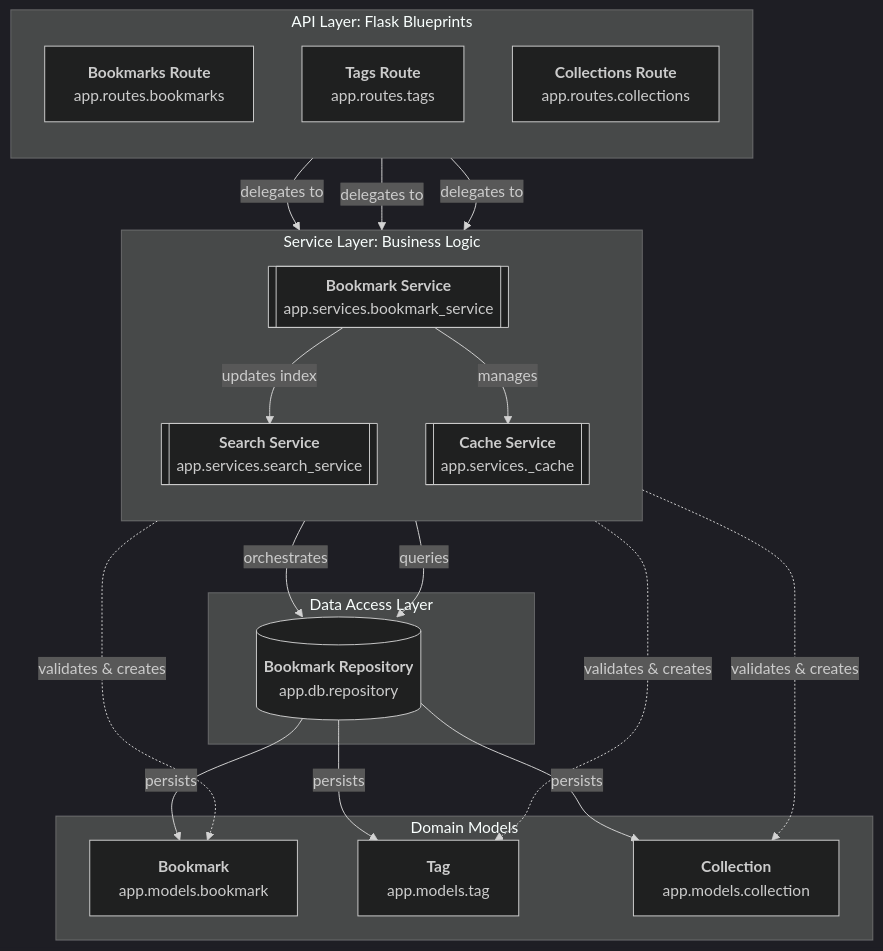
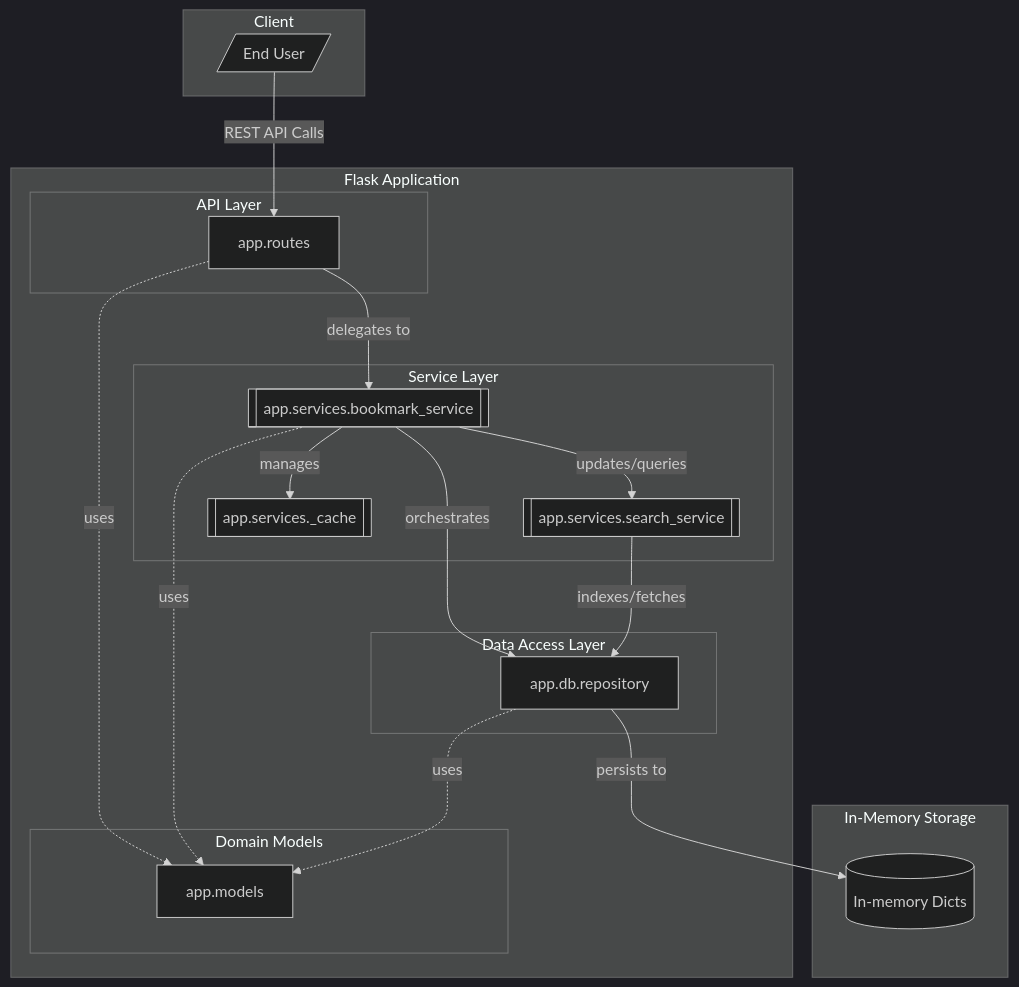
One commit to kaisen99/etchblok-test-api changed the diagram in docs/v1/architecture/architecture-overview/bookmark-api-component-architecture.md. Above: the diagram before and after it, drawn with Mermaid (dark theme). The commit also changed other lines of this file and 104 other files, not shown here.

````diff
--- a/docs/v1/architecture/architecture-overview/bookmark-api-component-architecture.md
+++ b/docs/v1/architecture/architecture-overview/bookmark-api-component-architecture.md
@@ -29,49 +25,46 @@
 ```mermaid
 flowchart TB
-    subgraph API_Layer [API Layer: Flask Blueprints]
-        direction TB
-        BR["<b>Bookmarks Route</b><br/>app.routes.bookmarks"]
-        TR["<b>Tags Route</b><br/>app.routes.tags"]
-        CR["<b>Collections Route</b><br/>app.routes.collections"]
+    subgraph Client
+        User[/End User/]
     end
 
-    subgraph Service_Layer [Service Layer: Business Logic]
-        direction TB
-        BS[["<b>Bookmark Service</b><br/>app.services.bookmark_service"]]
-        SS[["<b>Search Service</b><br/>app.services.search_service"]]
-        CS[["<b>Cache Service</b><br/>app.services._cache"]]
+    subgraph Flask_App [Flask Application]
+        subgraph Routes [API Layer]
+            app_routes[app.routes]
+        end
+
+        subgraph Services [Service Layer]
+            app_services_bookmark_service[["app.services.bookmark_service"]]
+            app_services_search_service[["app.services.search_service"]]
+            app_services_cache[["app.services._cache"]]
+        end
+
+        subgraph DAL [Data Access Layer]
+            app_db_repository[app.db.repository]
+        end
+
+        subgraph Models [Domain Models]
+            app_models[app.models]
+        end
     end
 
-    subgraph Data_Layer [Data Access Layer]
-        REPO[("<b>Bookmark Repository</b><br/>app.db.repository")]
+    subgraph Storage [In-Memory Storage]
+        DB[(In-memory Dicts)]
     end
 
-    subgraph Models [Domain Models]
-        BM["<b>Bookmark</b><br/>app.models.bookmark"]
-        TAG["<b>Tag</b><br/>app.models.tag"]
-        COLL["<b>Collection</b><br/>app.models.collection"]
-    end
+    User -- "REST API Calls" --> app_routes
+    
+    app_routes -- "delegates to" --> app_services_bookmark_service
 
-    %% API to Service connections
-    BR -- "delegates to" --> BS
-    TR -- "delegates to" --> BS
-    CR -- "delegates to" --> BS
+    app_services_bookmark_service -- "orchestrates" --> app_db_repository
+    app_services_bookmark_service -- "updates/queries" --> app_services_search_service
+    app_services_bookmark_service -- "manages" --> app_services_cache
 
-    %% Service internal orchestration
-    BS -- "orchestrates" --> REPO
-    BS -- "updates index" --> SS
-    BS -- "manages" --> CS
-    
-    %% Search to Repo connection
-    SS -- "queries" --> REPO
-    
-    %% Data to Models
-    REPO -- "persists" --> BM
-    REPO -- "persists" --> TAG
-    REPO -- "persists" --> COLL
-    
-    %% Service to Models (Validation/Creation)
-    BS -. "validates & creates" .-> BM
-    BS -. "validates & creates" .-> TAG
-    BS -. "validates & creates" .-> COLL
+    app_services_search_service -- "indexes/fetches" --> app_db_repository
+
+    app_db_repository -- "persists to" --> DB
+
+    app_routes -. "uses" .-> app_models
+    app_services_bookmark_service -. "uses" .-> app_models
+    app_db_repository -. "uses" .-> app_models
 ```
````
